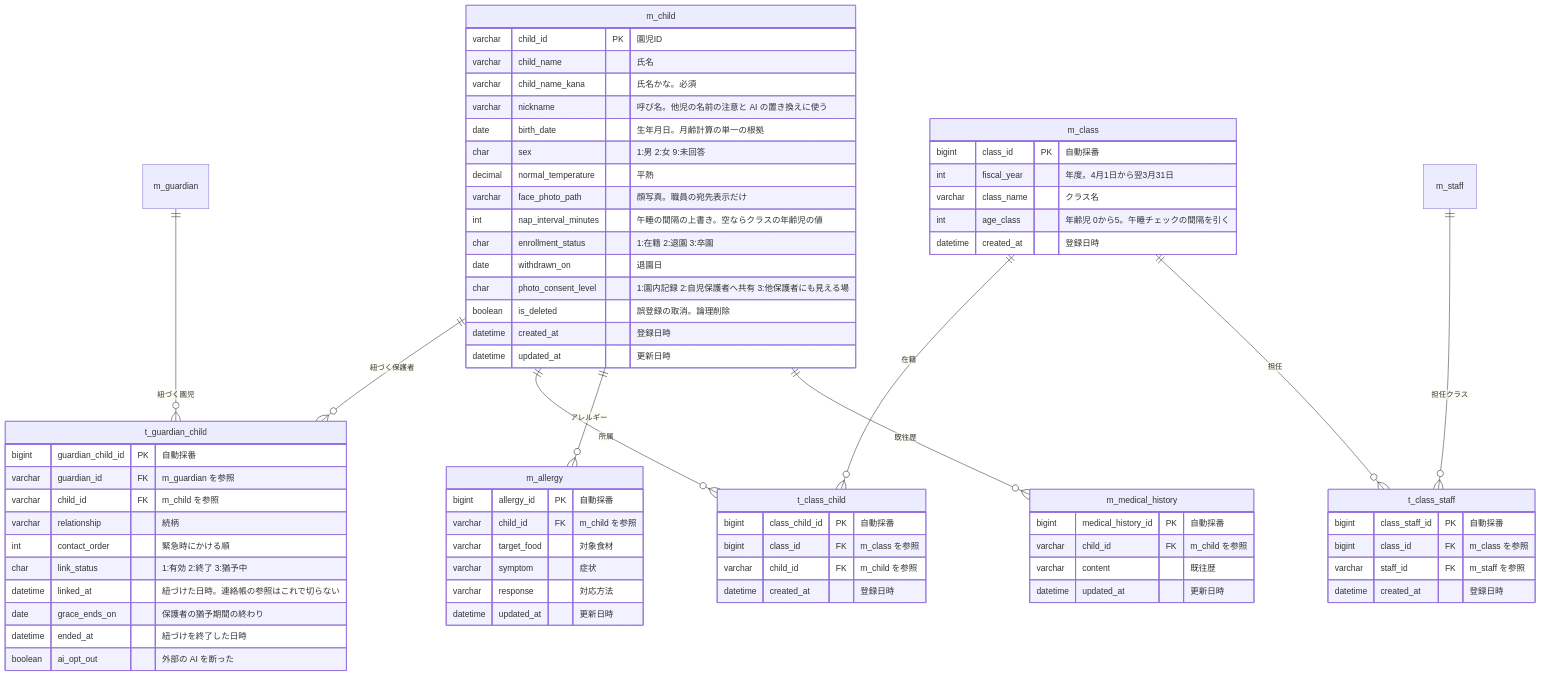
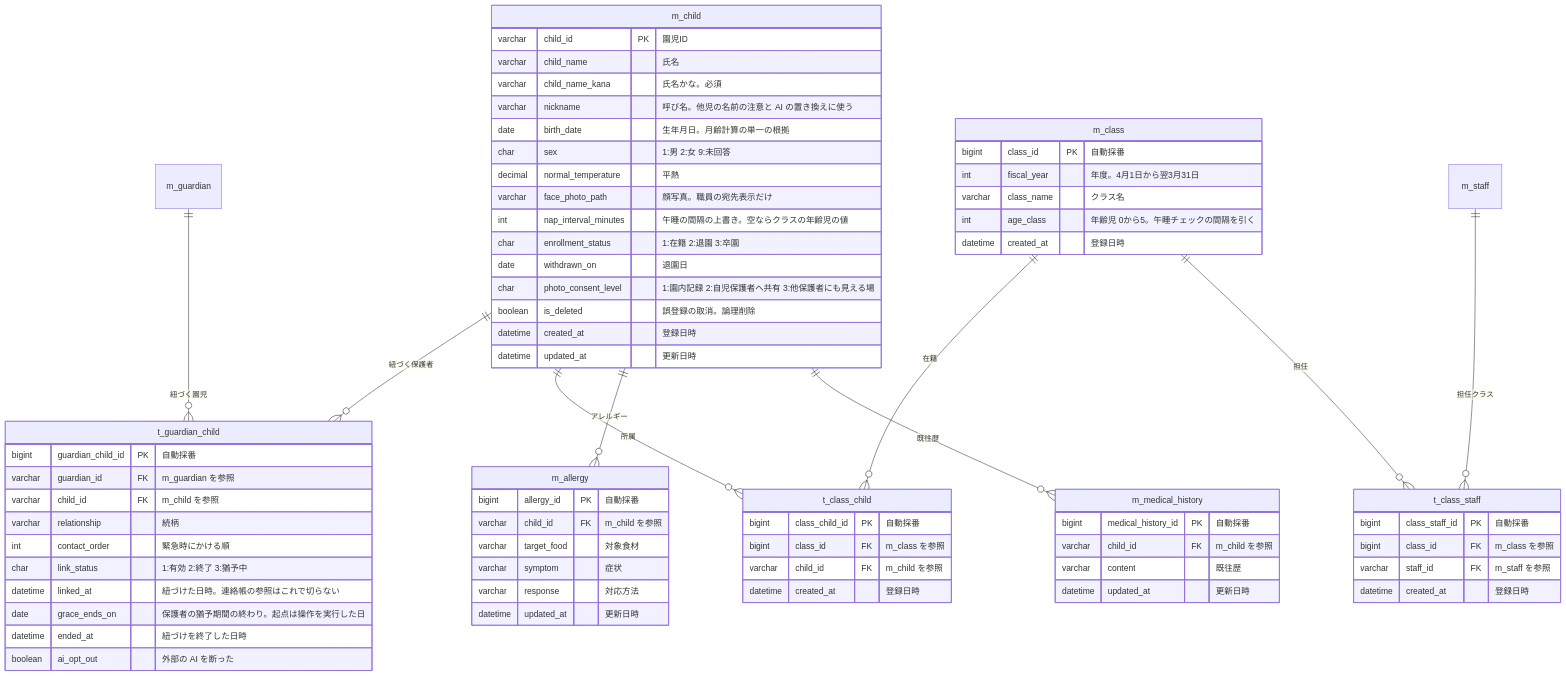
The third of 9 diagrams in 図/ER図.md (issei0423/sukusuku_system), drawn with Mermaid before and after one commit. The commit also changed other lines of this file and 3 other files, not shown here.

First line of the commit message:
基本設計書 5〜6章・ER図・インタフェース一覧を4章（design-v3-func の 88d9a51）にそろえた：午睡の間隔は1〜15分、体温は30.0〜43.0で確認を促すだけ、保護者の猶予の起点は操作を実行した日、確認しましたは外せない、操作ログの操作者にシステム、SSE の心拍は event: ping（45秒で切れたとみなす）、AI を使わない園児（未登録・未同意）、連絡先1は必須

````diff
--- a/図/ER図.md
+++ b/図/ER図.md
@@ -186,74 +187,74 @@
 ```mermaid
 erDiagram
     m_child ||--o{ t_guardian_child : "紐づく保護者"
     m_guardian ||--o{ t_guardian_child : "紐づく園児"
     m_class ||--o{ t_class_child : "在籍"
     m_child ||--o{ t_class_child : "所属"
     m_class ||--o{ t_class_staff : "担任"
     m_staff ||--o{ t_class_staff : "担任クラス"
     m_child ||--o{ m_allergy : "アレルギー"
     m_child ||--o{ m_medical_history : "既往歴"
 
     m_child {
         varchar child_id PK "園児ID"
         varchar child_name "氏名"
         varchar child_name_kana "氏名かな。必須"
         varchar nickname "呼び名。他児の名前の注意と AI の置き換えに使う"
         date birth_date "生年月日。月齢計算の単一の根拠"
         char sex "1:男 2:女 9:未回答"
         decimal normal_temperature "平熱"
         varchar face_photo_path "顔写真。職員の宛先表示だけ"
         int nap_interval_minutes "午睡の間隔の上書き。空ならクラスの年齢児の値"
         char enrollment_status "1:在籍 2:退園 3:卒園"
         date withdrawn_on "退園日"
         char photo_consent_level "1:園内記録 2:自児保護者へ共有 3:他保護者にも見える場"
         boolean is_deleted "誤登録の取消。論理削除"
         datetime created_at "登録日時"
         datetime updated_at "更新日時"
     }
     m_class {
         bigint class_id PK "自動採番"
         int fiscal_year "年度。4月1日から翌3月31日"
         varchar class_name "クラス名"
         int age_class "年齢児 0から5。午睡チェックの間隔を引く"
         datetime created_at "登録日時"
     }
     t_class_child {
         bigint class_child_id PK "自動採番"
         bigint class_id FK "m_class を参照"
         varchar child_id FK "m_child を参照"
         datetime created_at "登録日時"
     }
     t_class_staff {
         bigint class_staff_id PK "自動採番"
         bigint class_id FK "m_class を参照"
         varchar staff_id FK "m_staff を参照"
         datetime created_at "登録日時"
     }
     t_guardian_child {
         bigint guardian_child_id PK "自動採番"
         varchar guardian_id FK "m_guardian を参照"
         varchar child_id FK "m_child を参照"
         varchar relationship "続柄"
         int contact_order "緊急時にかける順"
         char link_status "1:有効 2:終了 3:猶予中"
         datetime linked_at "紐づけた日時。連絡帳の参照はこれで切らない"
-        date grace_ends_on "保護者の猶予期間の終わり"
+        date grace_ends_on "保護者の猶予期間の終わり。起点は操作を実行した日"
         datetime ended_at "紐づけを終了した日時"
         boolean ai_opt_out "外部の AI を断った"
     }
     m_allergy {
         bigint allergy_id PK "自動採番"
         varchar child_id FK "m_child を参照"
         varchar target_food "対象食材"
         varchar symptom "症状"
         varchar response "対応方法"
         datetime updated_at "更新日時"
     }
     m_medical_history {
         bigint medical_history_id PK "自動採番"
         varchar child_id FK "m_child を参照"
         varchar content "既往歴"
         datetime updated_at "更新日時"
     }
 ```
````
